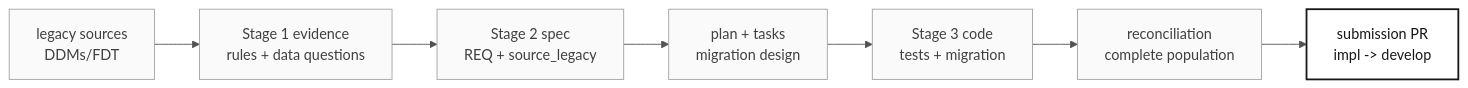
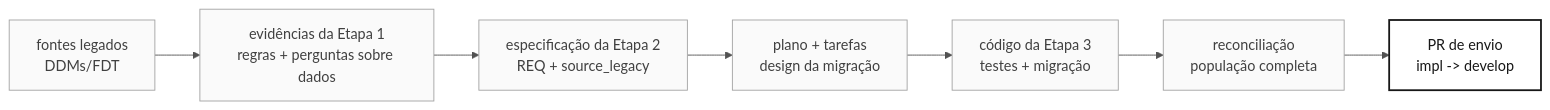
Before and after one commit to serpro-workshop-floripa/sifap-workshop-paula-00: the second of 2 diagrams in 00-SITEMAP.md, drawn with Mermaid. The commit also changed other lines of this file and 32 other files, not shown here.

Commit message:
Translate documentation from English to Portuguese across multiple stages, including dependency maps, glossaries, architectural decision records, specifications, and implementation guides. Ensure clarity and consistency in terminology while adapting content for a Portuguese-speaking audience.

````diff
--- a/00-SITEMAP.md
+++ b/00-SITEMAP.md
@@ -60,17 +60,17 @@
 ```mermaid
 %%{init: {'theme':'neutral','themeVariables':{'fontFamily':'ui-sans-serif, system-ui, sans-serif','primaryColor':'#F5F5F5','primaryTextColor':'#171717','primaryBorderColor':'#171717','lineColor':'#525252','secondaryColor':'#FFFFFF','tertiaryColor':'#FAFAFA','background':'#FFFFFF'}}}%%
 flowchart LR
     classDef step fill:#F5F5F5,stroke:#171717,color:#171717
     classDef artifact fill:#FAFAFA,stroke:#A3A3A3,color:#404040
     classDef result fill:#FFFFFF,stroke:#171717,color:#171717,stroke-width:2px
 
-    LEGACY["legacy sources<br/>DDMs/FDT"]:::artifact
-    DISC["Stage 1 evidence<br/>rules + data questions"]:::artifact
-    SPEC["Stage 2 spec<br/>REQ + source_legacy"]:::artifact
-    PLAN["plan + tasks<br/>migration design"]:::artifact
-    CODE["Stage 3 code<br/>tests + migration"]:::artifact
-    DATA["reconciliation<br/>complete population"]:::artifact
-    PR["submission PR<br/>impl -> develop"]:::result
+    LEGACY["fontes legados<br/>DDMs/FDT"]:::artifact
+    DISC["evidências da Etapa 1<br/>regras + perguntas sobre dados"]:::artifact
+    SPEC["especificação da Etapa 2<br/>REQ + source_legacy"]:::artifact
+    PLAN["plano + tarefas<br/>design da migração"]:::artifact
+    CODE["código da Etapa 3<br/>testes + migração"]:::artifact
+    DATA["reconciliação<br/>população completa"]:::artifact
+    PR["PR de envio<br/>impl -> develop"]:::result
 
     LEGACY --> DISC --> SPEC --> PLAN --> CODE --> DATA --> PR
 ```
````
